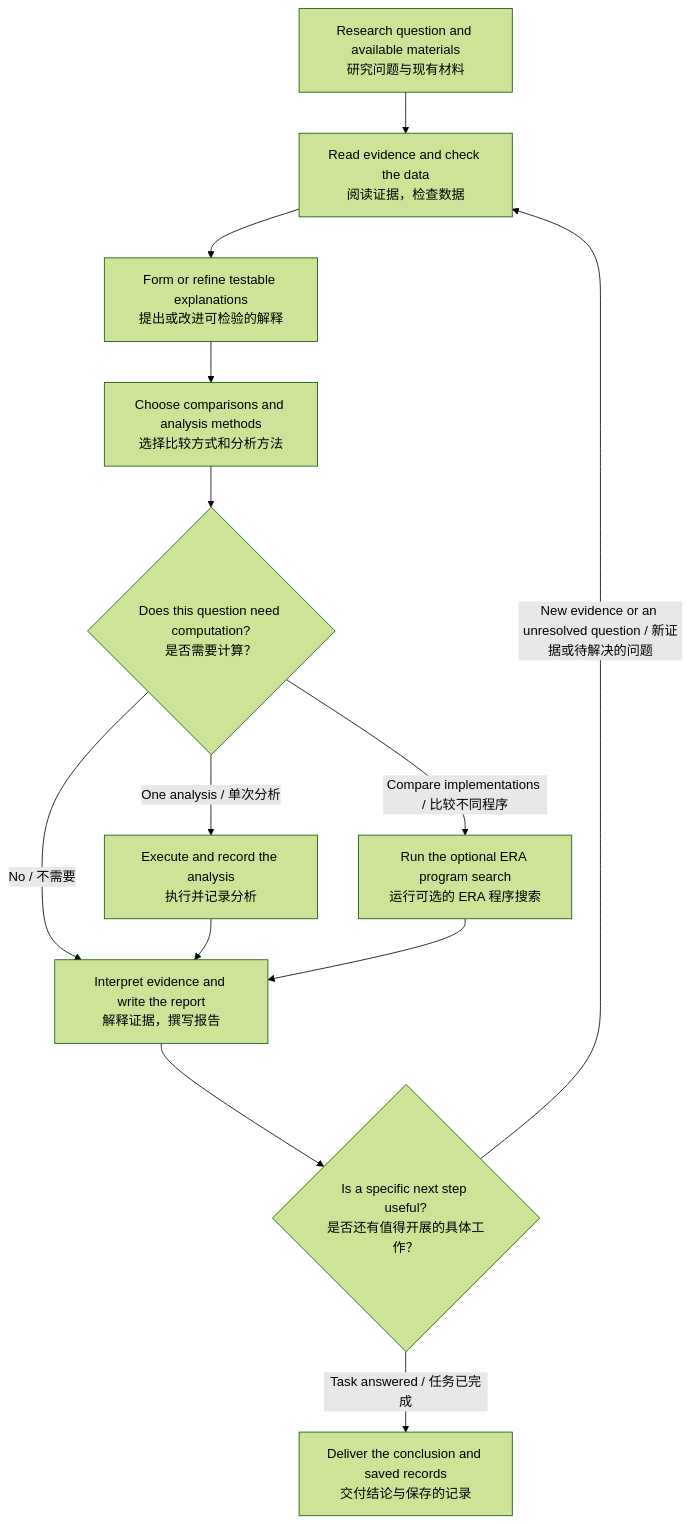
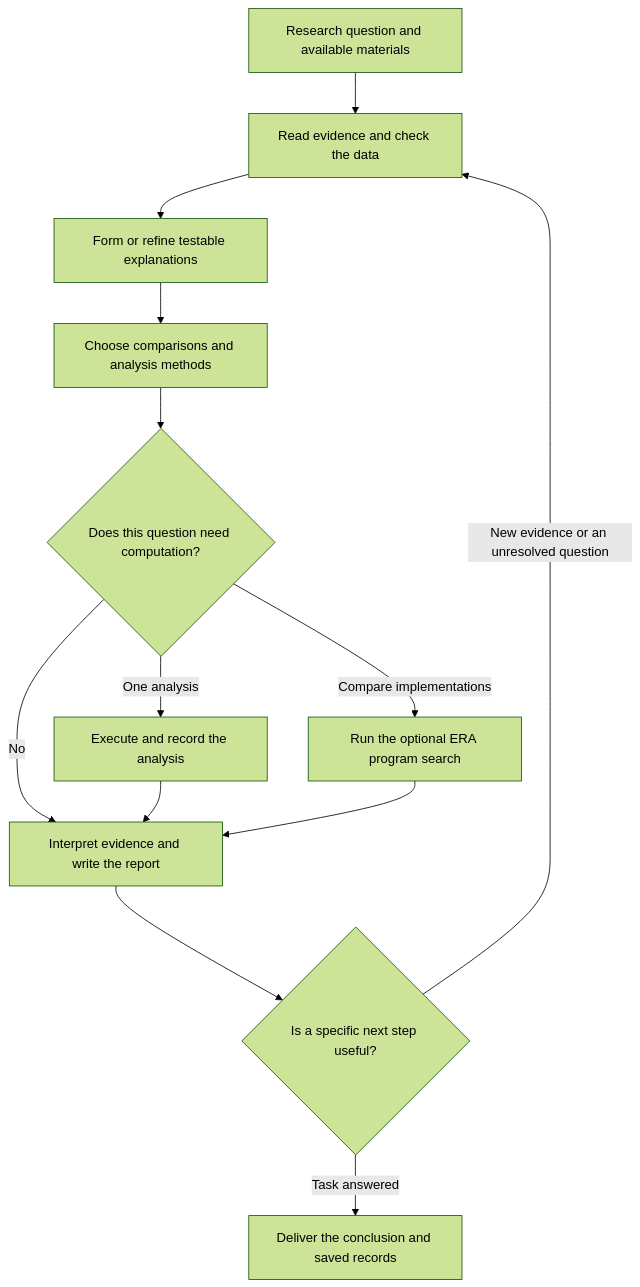
Before and after one commit to SUAT-ZhangLab/ResearchWeave: the first of 2 diagrams in README.md, drawn with Mermaid (forest theme). The commit also changed other lines of this file and 1 other file, not shown here.

````diff
--- a/README.md
+++ b/README.md
@@ -278,15 +283,15 @@
 ```mermaid
 flowchart TD
-    A["Research question and available materials<br/>研究问题与现有材料"] --> B["Read evidence and check the data<br/>阅读证据，检查数据"]
-    B --> C["Form or refine testable explanations<br/>提出或改进可检验的解释"]
-    C --> D["Choose comparisons and analysis methods<br/>选择比较方式和分析方法"]
-    D --> E{"Does this question need computation?<br/>是否需要计算？"}
-    E -->|No / 不需要| H["Interpret evidence and write the report<br/>解释证据，撰写报告"]
-    E -->|One analysis / 单次分析| F["Execute and record the analysis<br/>执行并记录分析"]
-    E -->|Compare implementations / 比较不同程序| G["Run the optional ERA program search<br/>运行可选的 ERA 程序搜索"]
+    A[Research question and available materials] --> B[Read evidence and check the data]
+    B --> C[Form or refine testable explanations]
+    C --> D[Choose comparisons and analysis methods]
+    D --> E{Does this question need computation?}
+    E -->|No| H[Interpret evidence and write the report]
+    E -->|One analysis| F[Execute and record the analysis]
+    E -->|Compare implementations| G[Run the optional ERA program search]
     F --> H
     G --> H
-    H --> I{"Is a specific next step useful?<br/>是否还有值得开展的具体工作？"}
-    I -->|New evidence or an unresolved question / 新证据或待解决的问题| B
-    I -->|Task answered / 任务已完成| J["Deliver the conclusion and saved records<br/>交付结论与保存的记录"]
+    H --> I{Is a specific next step useful?}
+    I -->|New evidence or an unresolved question| B
+    I -->|Task answered| J[Deliver the conclusion and saved records]
 ```
````
